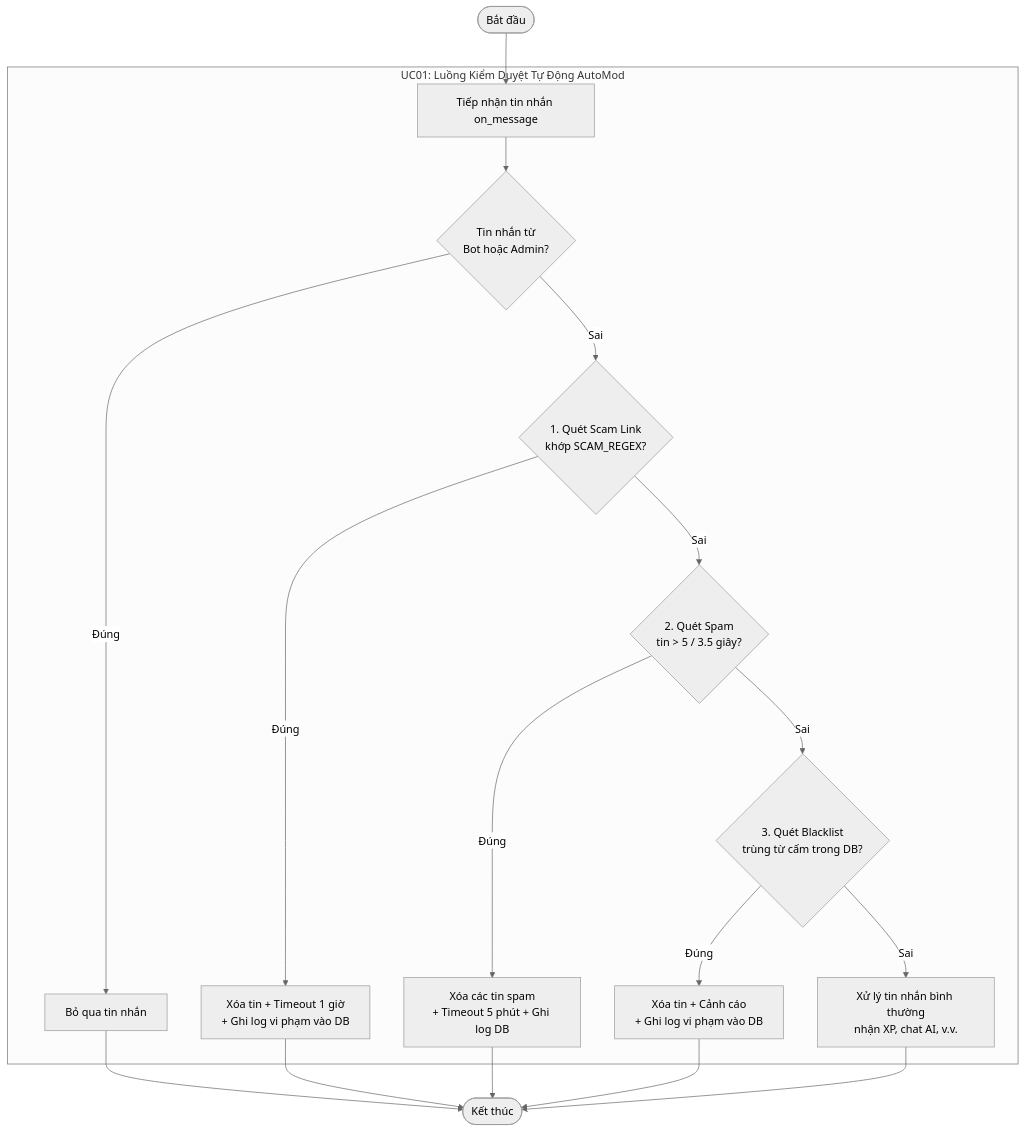
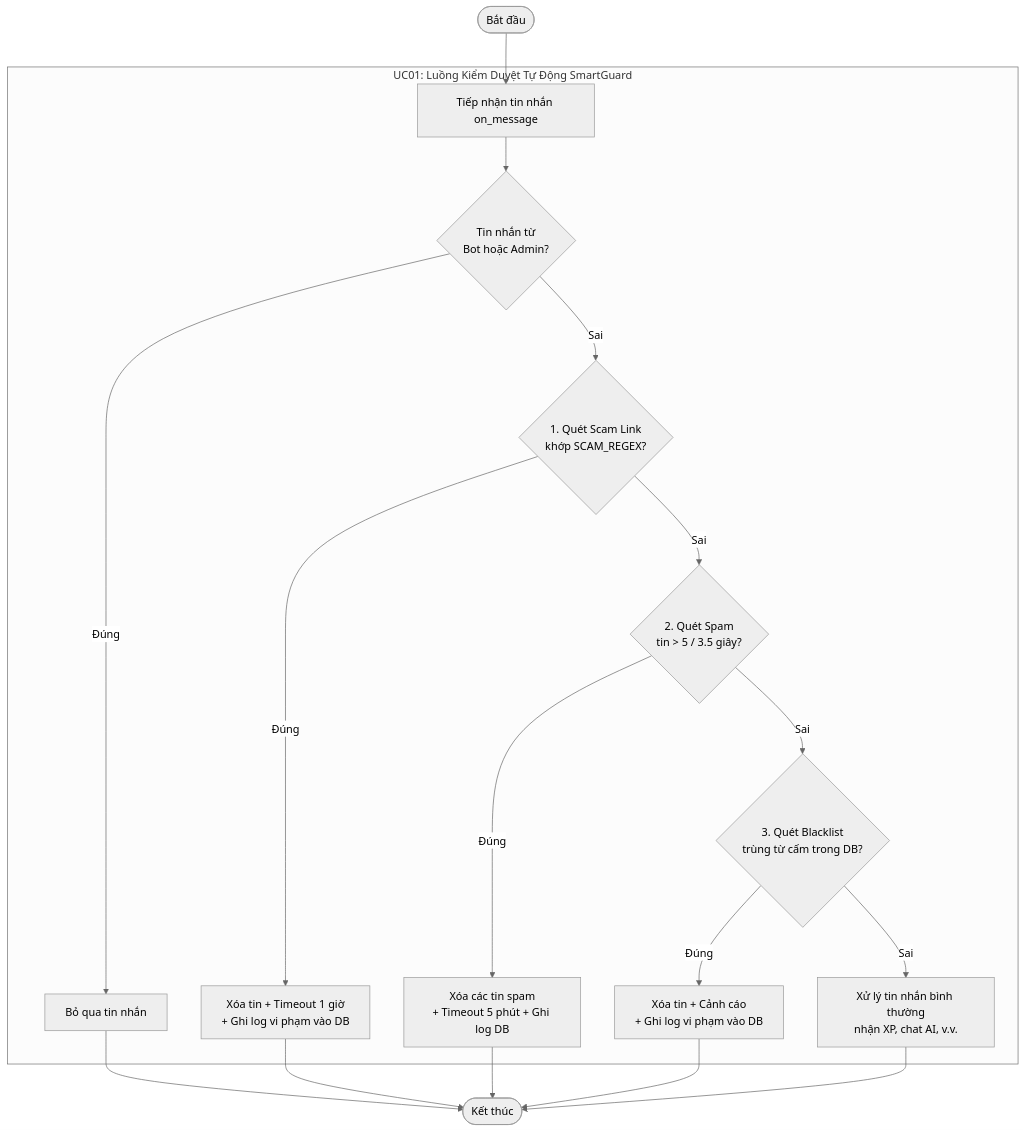
Before and after one commit to POWER4392/Bot-DIscord: the second of 15 diagrams in docs/SDD.md, drawn with Mermaid. The commit also changed other lines of this file and 16 other files, not shown here.

Commit message:
docs: update feature naming, ticket embed text and system architecture diagram

````diff
--- a/docs/SDD.md
+++ b/docs/SDD.md
@@ -1165,53 +1165,53 @@
 ```mermaid
 
 %%{init: {'theme': 'neutral'}}%%
 
 flowchart TD
 
     Start([Bắt đầu]) --> RecvMsg[Tiếp nhận tin nhắn on_message]
 
     
 
-    subgraph UC01[UC01: Luồng Kiểm Duyệt Tự Động AutoMod]
+    subgraph UC01[UC01: Luồng Kiểm Duyệt Tự Động SmartGuard]
 
         RecvMsg --> CheckAuthor{Tin nhắn từ<br>Bot hoặc Admin?}
 
         
 
         CheckAuthor -- Đúng --> Ignore[Bỏ qua tin nhắn]
 
         CheckAuthor -- Sai --> FilterScam{1. Quét Scam Link<br>khớp SCAM_REGEX?}
 
         
 
         FilterScam -- Đúng --> ActionScam[Xóa tin + Timeout 1 giờ<br>+ Ghi log vi phạm vào DB]
 
         FilterScam -- Sai --> FilterSpam{2. Quét Spam<br>tin > 5 / 3.5 giây?}
 
         
 
         FilterSpam -- Đúng --> ActionSpam[Xóa các tin spam<br>+ Timeout 5 phút + Ghi log DB]
 
         FilterSpam -- Sai --> FilterBlacklist{3. Quét Blacklist<br>trùng từ cấm trong DB?}
 
         
 
         FilterBlacklist -- Đúng --> ActionWord[Xóa tin + Cảnh cáo<br>+ Ghi log vi phạm vào DB]
 
         FilterBlacklist -- Sai --> NormalProcess[Xử lý tin nhắn bình thường<br>nhận XP, chat AI, v.v.]
 
     end
 
 
 
     Ignore --> End([Kết thúc])
 
     ActionScam --> End
 
     ActionSpam --> End
 
     ActionWord --> End
 
     NormalProcess --> End
 
 ```
````
